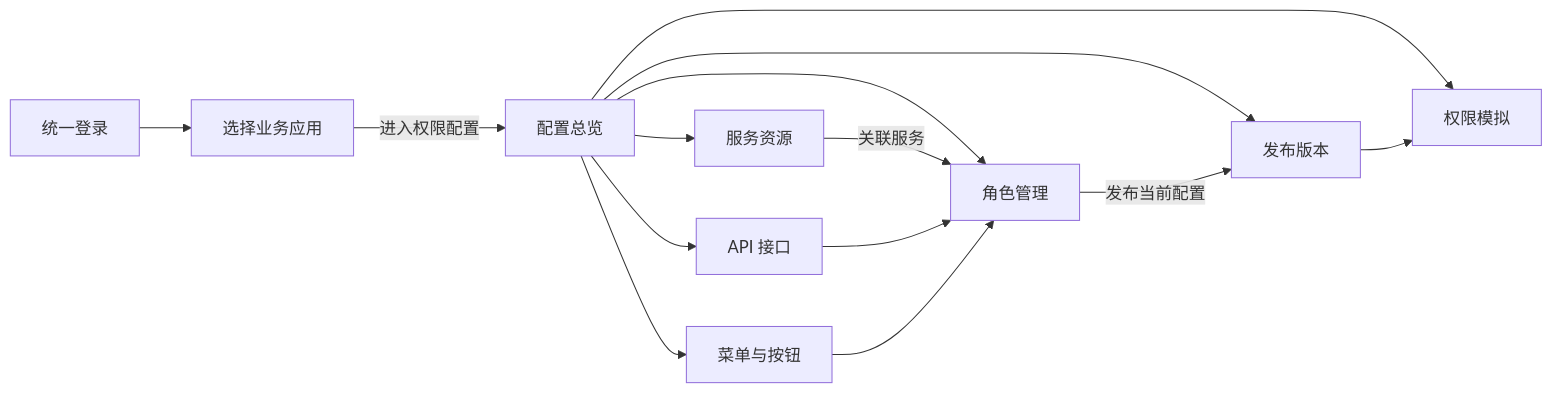
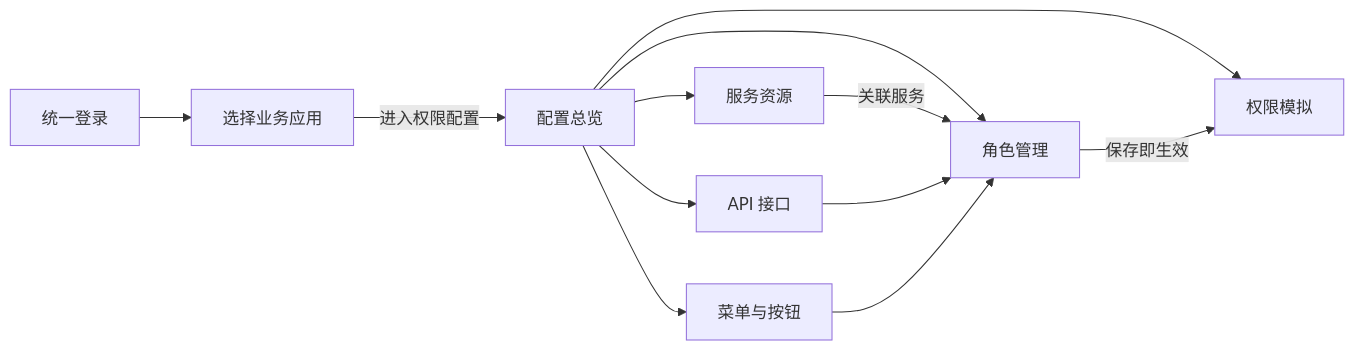
The first of 2 diagrams in doc/ui-design.md (Zevlune/NexusAuthorization), drawn with Mermaid before and after one commit. The commit also changed other lines of this file and 54 other files, not shown here.

````diff
--- a/doc/ui-design.md
+++ b/doc/ui-design.md
@@ -44,16 +44,14 @@
 ```mermaid
 flowchart LR
   Login[统一登录] --> Select[选择业务应用]
   Select -->|进入权限配置| Dash[配置总览]
   Dash --> Svc[服务资源]
   Dash --> Api[API 接口]
   Dash --> Menu[菜单与按钮]
   Dash --> Role[角色管理]
-  Dash --> Rel[发布版本]
   Dash --> Sim[权限模拟]
   Svc -->|关联服务| Role
   Api --> Role
   Menu --> Role
-  Role -->|发布当前配置| Rel
-  Rel --> Sim
+  Role -->|保存即生效| Sim
 ```
````
